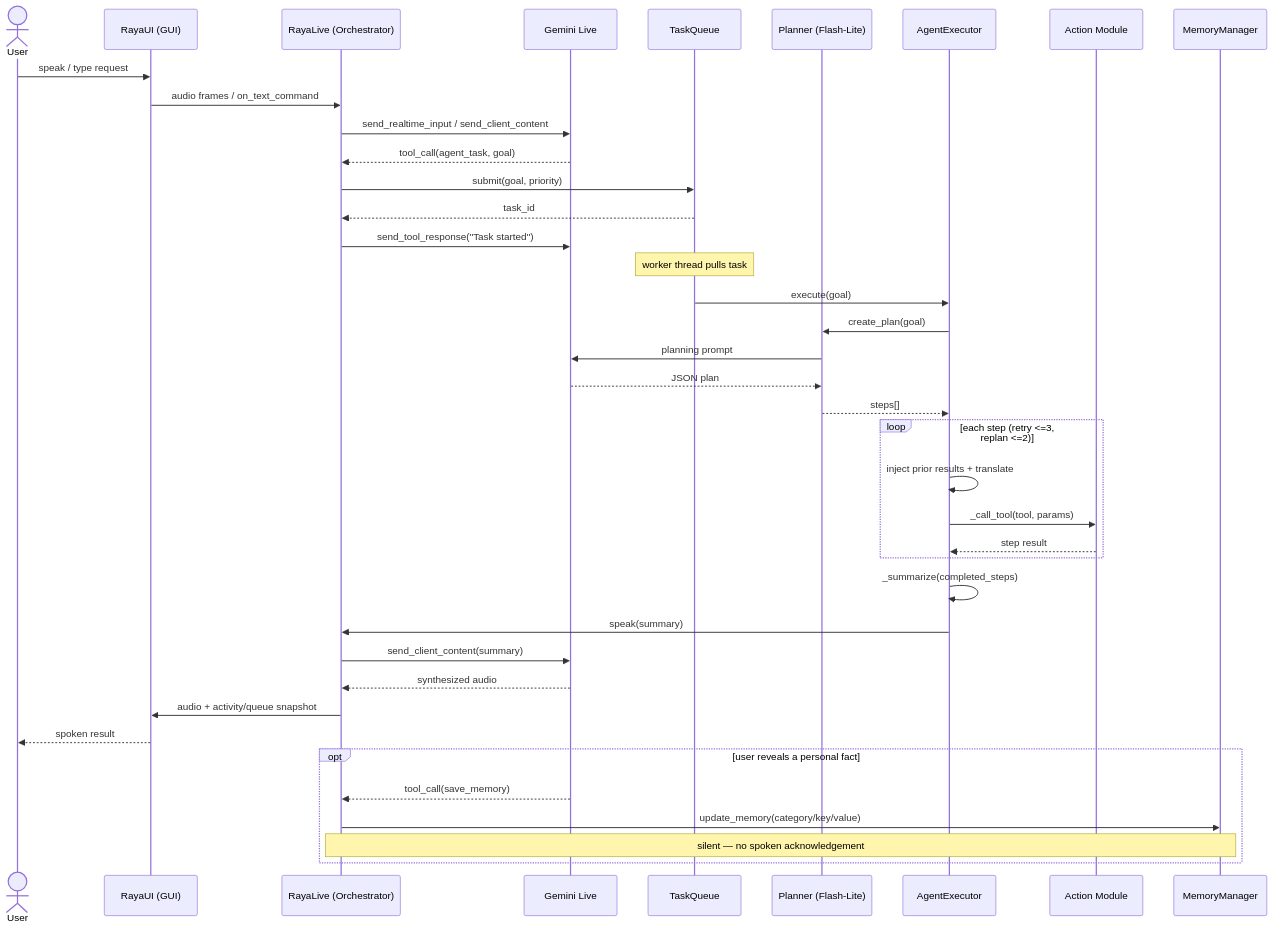
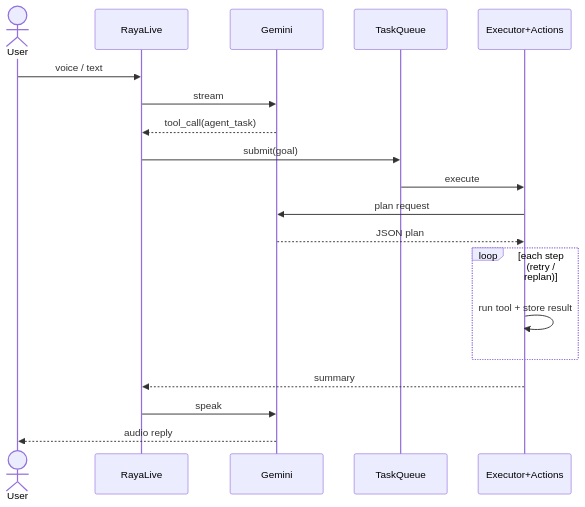
The fifth of 6 diagrams in diagrams/README.md (abhinavshr89/Raya_report), drawn with Mermaid before and after one commit. The commit also changed other lines of this file, not shown here.

Commit message:
shorten diagrams

````diff
--- a/diagrams/README.md
+++ b/diagrams/README.md
@@ -228,46 +77,22 @@
 ```mermaid
 sequenceDiagram
     actor User
-    participant GUI as RayaUI (GUI)
-    participant Orch as RayaLive (Orchestrator)
-    participant Live as Gemini Live
-    participant Queue as TaskQueue
-    participant Plan as Planner (Flash-Lite)
-    participant Exec as AgentExecutor
-    participant Act as Action Module
-    participant Mem as MemoryManager
+    participant Orch as RayaLive
+    participant Live as Gemini
+    participant Q as TaskQueue
+    participant Exec as Executor+Actions
 
-    User->>GUI: speak / type request
-    GUI->>Orch: audio frames / on_text_command
-    Orch->>Live: send_realtime_input / send_client_content
-    Live-->>Orch: tool_call(agent_task, goal)
-    Orch->>Queue: submit(goal, priority)
-    Queue-->>Orch: task_id
-    Orch->>Live: send_tool_response("Task started")
-
-    Note over Queue: worker thread pulls task
-    Queue->>Exec: execute(goal)
-    Exec->>Plan: create_plan(goal)
-    Plan->>Live: planning prompt
-    Live-->>Plan: JSON plan
-    Plan-->>Exec: steps[]
-
-    loop each step (retry <=3, replan <=2)
-        Exec->>Exec: inject prior results + translate
-        Exec->>Act: _call_tool(tool, params)
-        Act-->>Exec: step result
+    User->>Orch: voice / text
+    Orch->>Live: stream
+    Live-->>Orch: tool_call(agent_task)
+    Orch->>Q: submit(goal)
+    Q->>Exec: execute
+    Exec->>Live: plan request
+    Live-->>Exec: JSON plan
+    loop each step (retry / replan)
+        Exec->>Exec: run tool + store result
     end
-
-    Exec->>Exec: _summarize(completed_steps)
-    Exec->>Orch: speak(summary)
-    Orch->>Live: send_client_content(summary)
-    Live-->>Orch: synthesized audio
-    Orch->>GUI: audio + activity/queue snapshot
-    GUI-->>User: spoken result
-
-    opt user reveals a personal fact
-        Live-->>Orch: tool_call(save_memory)
-        Orch->>Mem: update_memory(category/key/value)
-        Note over Orch,Mem: silent — no spoken acknowledgement
-    end
+    Exec-->>Orch: summary
+    Orch->>Live: speak
+    Live-->>User: audio reply
 ```
````
